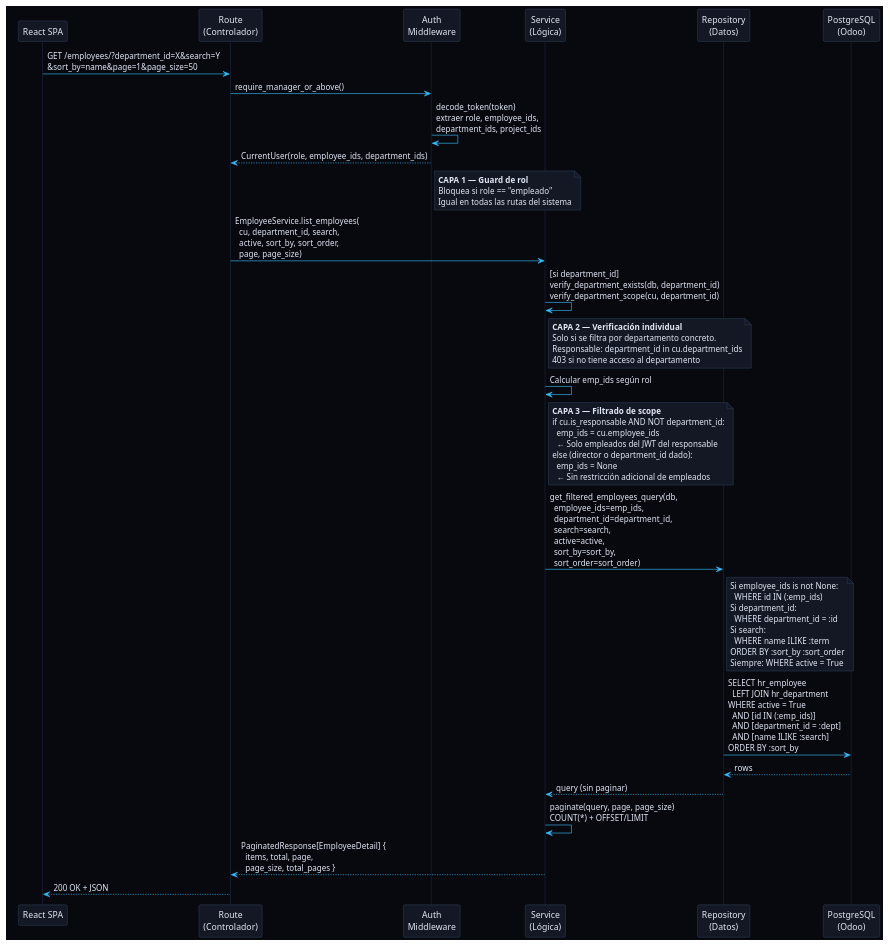
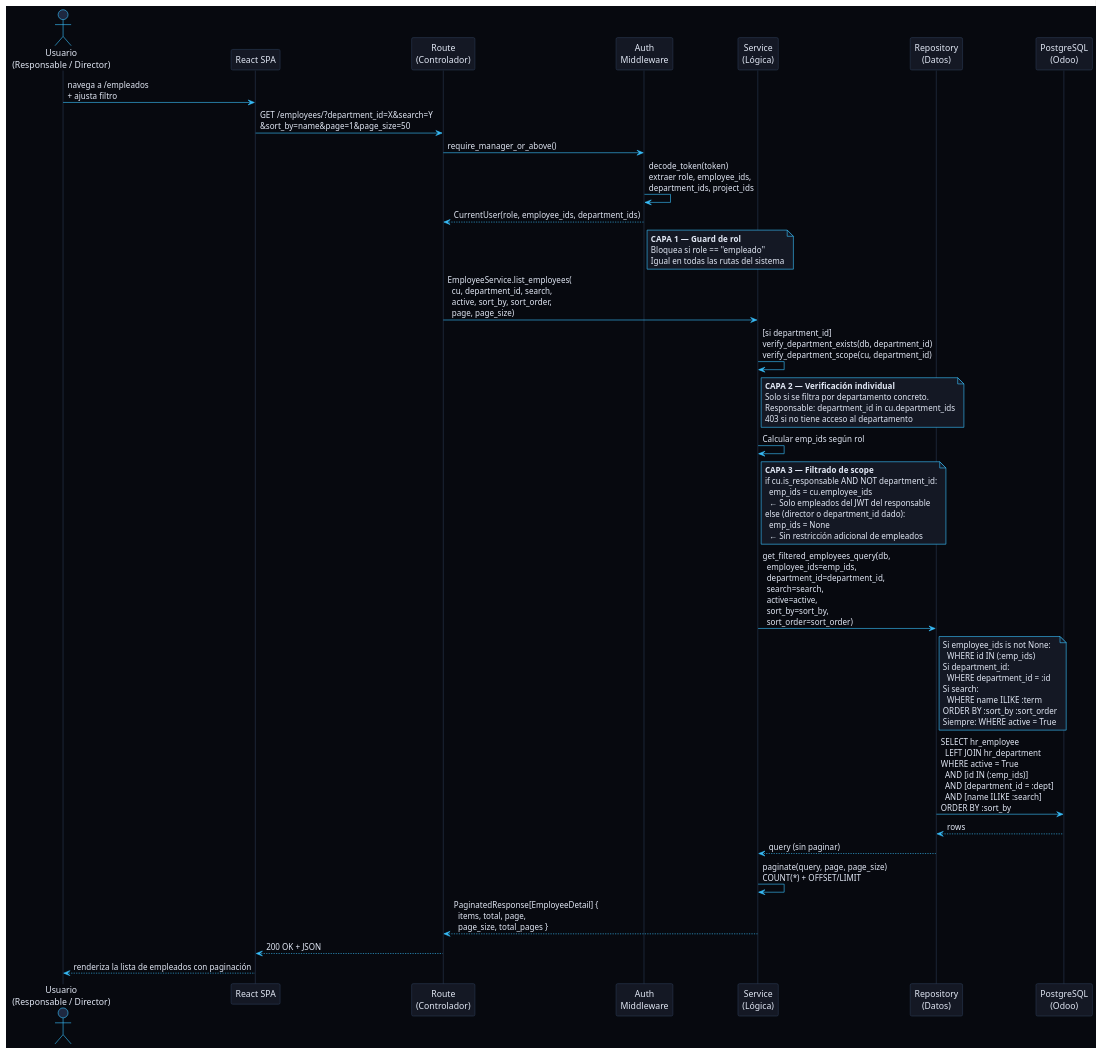
The diagram in Estudiantes/cesar-garcia-eguiguren/Capítulo-3/diagramas/CdU/CU-02.puml (Jorgeog25/GII-TFG-2026), drawn with PlantUML before and after one commit. The commit also changed 22 other files, not shown here.

Commit message:
acrualización del capítulo 3 (diagramas + documentación)

```diff
--- a/Estudiantes/cesar-garcia-eguiguren/Capítulo-3/diagramas/CdU/CU-02.puml
+++ b/Estudiantes/cesar-garcia-eguiguren/Capítulo-3/diagramas/CdU/CU-02.puml
@@ -1,75 +1,85 @@
 @startuml secuencia_cu02
 !theme plain
 skinparam backgroundColor #07090F
-skinparam sequenceArrowColor #38BDF8
+skinparam defaultFontColor #E2E8F5
+skinparam ArrowColor #38BDF8
 skinparam sequenceParticipantBackgroundColor #141824
 skinparam sequenceParticipantBorderColor #2A3850
-skinparam sequenceLifeLineBorderColor #1E2840
-skinparam noteBorderColor #2A3850
+skinparam sequenceParticipantFontColor #E2E8F5
+skinparam sequenceActorBackgroundColor #1E2840
+skinparam sequenceActorBorderColor #38BDF8
+skinparam sequenceLifeLineBorderColor #2A3850
 skinparam noteBackgroundColor #141824
-skinparam noteFontColor #E2E8F5
-skinparam defaultFontColor #E2E8F5
+skinparam noteBorderColor #38BDF8
 skinparam sequenceGroupBackgroundColor #0D1018
 skinparam sequenceGroupBorderColor #2A3850
 skinparam sequenceGroupFontColor #38BDF8
 skinparam sequenceGroupHeaderFontColor #38BDF8
 skinparam sequenceGroupBodyBackgroundColor #0D1018
+skinparam sequenceDividerBackgroundColor #141824
+skinparam sequenceDividerBorderColor #2A3850
+skinparam sequenceDividerFontColor #38BDF8
+
+actor "Usuario\n(Responsable / Director)" as U
 
 participant "React SPA" as FE
 participant "Route\n(Controlador)" as ROUTE
 participant "Auth\nMiddleware" as AUTH
 participant "Service\n(Lógica)" as SVC
 participant "Repository\n(Datos)" as REPO
 participant "PostgreSQL\n(Odoo)" as DB
 
+U -> FE : navega a /empleados\n+ ajusta filtro
 FE -> ROUTE : GET /employees/?department_id=X&search=Y\n&sort_by=name&page=1&page_size=50
+
 ROUTE -> AUTH : require_manager_or_above()
 AUTH -> AUTH : decode_token(token)\nextraer role, employee_ids,\ndepartment_ids, project_ids
 AUTH --> ROUTE : CurrentUser(role, employee_ids, department_ids)
 note right of AUTH
   **CAPA 1 — Guard de rol**
   Bloquea si role == "empleado"
   Igual en todas las rutas del sistema
 end note
 
 ROUTE -> SVC : EmployeeService.list_employees(\n  cu, department_id, search,\n  active, sort_by, sort_order,\n  page, page_size)
 
 SVC -> SVC : [si department_id]\nverify_department_exists(db, department_id)\nverify_department_scope(cu, department_id)
 note right of SVC
   **CAPA 2 — Verificación individual**
   Solo si se filtra por departamento concreto.
   Responsable: department_id in cu.department_ids
   403 si no tiene acceso al departamento
 end note
 
 SVC -> SVC : Calcular emp_ids según rol
 note right of SVC
   **CAPA 3 — Filtrado de scope**
   if cu.is_responsable AND NOT department_id:
     emp_ids = cu.employee_ids
     ← Solo empleados del JWT del responsable
   else (director o department_id dado):
     emp_ids = None
     ← Sin restricción adicional de empleados
 end note
 
 SVC -> REPO : get_filtered_employees_query(db,\n  employee_ids=emp_ids,\n  department_id=department_id,\n  search=search,\n  active=active,\n  sort_by=sort_by,\n  sort_order=sort_order)
 note right of REPO
   Si employee_ids is not None:
     WHERE id IN (:emp_ids)
   Si department_id:
     WHERE department_id = :id
   Si search:
     WHERE name ILIKE :term
   ORDER BY :sort_by :sort_order
   Siempre: WHERE active = True
 end note
 
 REPO -> DB : SELECT hr_employee\n  LEFT JOIN hr_department\nWHERE active = True\n  AND [id IN (:emp_ids)]\n  AND [department_id = :dept]\n  AND [name ILIKE :search]\nORDER BY :sort_by
 DB --> REPO : rows
 REPO --> SVC : query (sin paginar)
 
 SVC -> SVC : paginate(query, page, page_size)\nCOUNT(*) + OFFSET/LIMIT
 SVC --> ROUTE : PaginatedResponse[EmployeeDetail] {\n  items, total, page,\n  page_size, total_pages }
 ROUTE --> FE : 200 OK + JSON
+FE --> U : renderiza la lista de empleados con paginación
 @enduml
```
